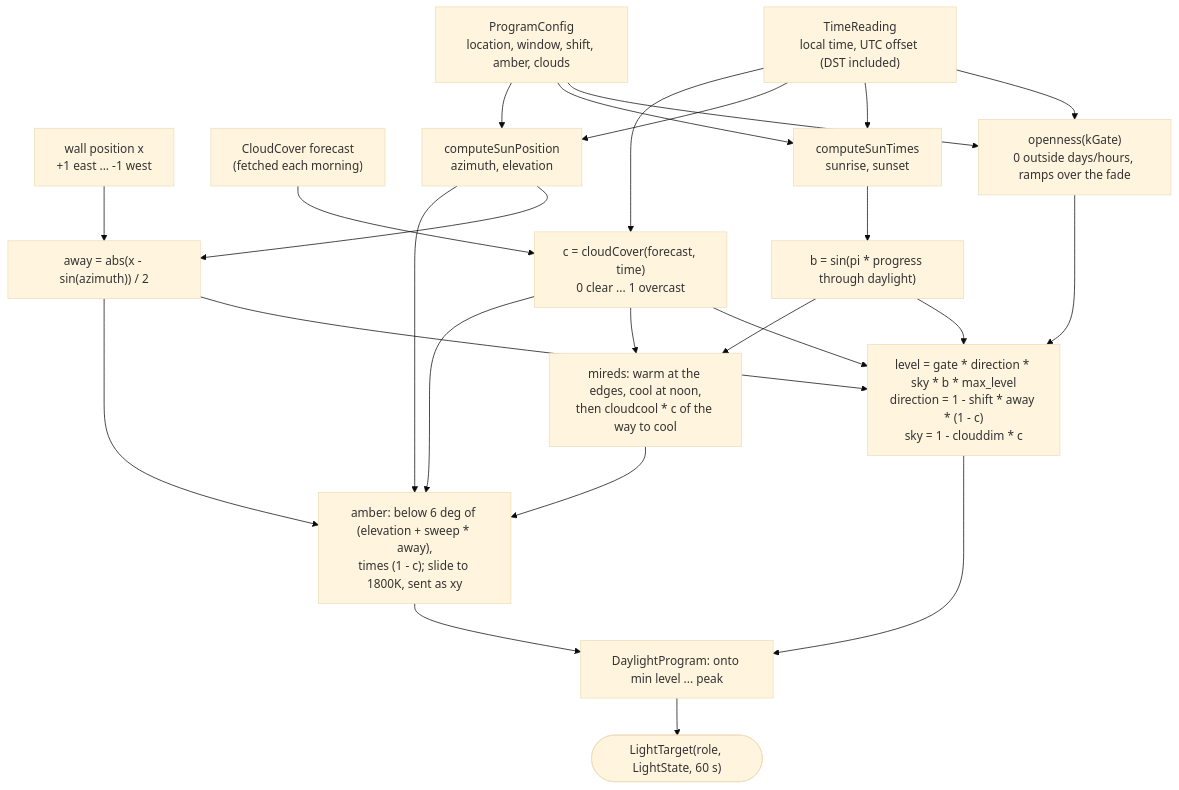
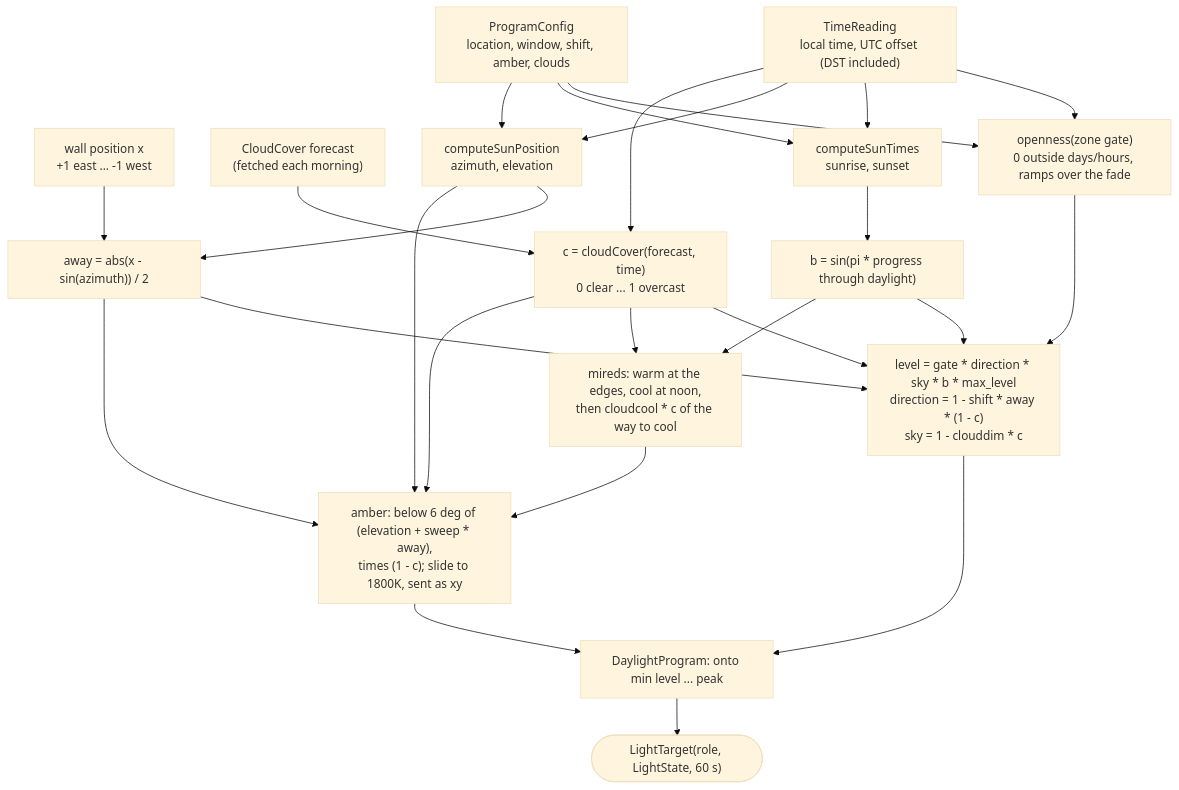
Before and after one commit to bjerre/sunsim: the fifth of 5 diagrams in DESIGN.md, drawn with Mermaid (base theme). The commit also changed other lines of this file and 19 other files, not shown here.

````diff
--- a/DESIGN.md
+++ b/DESIGN.md
@@ -193,32 +193,32 @@
 ```mermaid
 flowchart TB
     T["TimeReading<br/>local time, UTC offset (DST included)"]
     X["wall position x<br/>+1 east ... -1 west"]
     CFG["ProgramConfig<br/>location, window, shift, amber, clouds"]
     FC["CloudCover forecast<br/>(fetched each morning)"]
 
-    T & CFG --> G["openness(kGate)<br/>0 outside days/hours, ramps over the fade"]
+    T & CFG --> G["openness(zone gate)<br/>0 outside days/hours, ramps over the fade"]
     T & CFG --> ST["computeSunTimes<br/>sunrise, sunset"]
     T & CFG --> SP["computeSunPosition<br/>azimuth, elevation"]
     T & FC --> CC["c = cloudCover(forecast, time)<br/>0 clear ... 1 overcast"]
 
     ST --> BR["b = sin(pi * progress through daylight)"]
     SP --> AW["away = abs(x - sin(azimuth)) / 2"]
     X --> AW
 
     BR --> LV["level = gate * direction * sky * b * max_level<br/>direction = 1 - shift * away * (1 - c)<br/>sky = 1 - clouddim * c"]
     G --> LV
     AW --> LV
     CC --> LV
     BR --> MI["mireds: warm at the edges, cool at noon,<br/>then cloudcool * c of the way to cool"]
     CC --> MI
 
     SP --> AM["amber: below 6 deg of (elevation + sweep * away),<br/>times (1 - c); slide to 1800K, sent as xy"]
     AW --> AM
     MI --> AM
     CC --> AM
 
     LV --> PK["DaylightProgram: onto min level ... peak"]
     AM --> PK
     PK --> LT(["LightTarget(role, LightState, 60 s)"])
 ```
````
